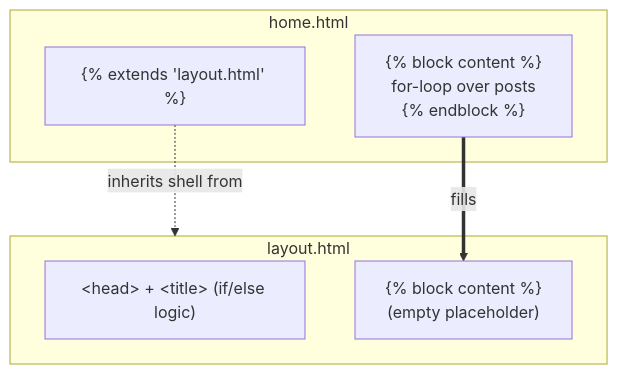
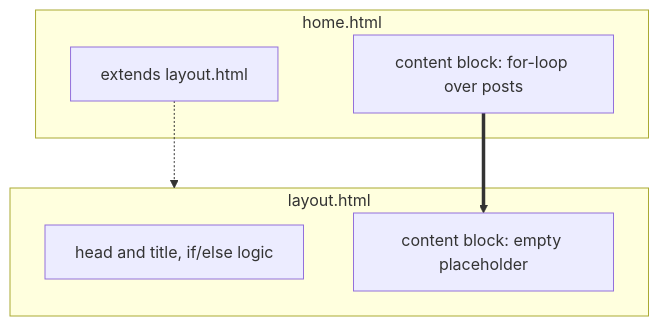
One commit to Pratik23G/fast-api-learn changed the diagram in docs/05-template-inheritance.md. Above: the diagram before and after it, drawn with Mermaid. The commit also changed 3 other files, not shown here.

````diff
--- a/docs/05-template-inheritance.md
+++ b/docs/05-template-inheritance.md
@@ -42,15 +42,15 @@
 ```mermaid
 flowchart TB
-    subgraph layout.html
-        Head["&lt;head&gt; + &lt;title&gt; (if/else logic)"]
-        Slot["{% block content %}\n(empty placeholder)"]
+    subgraph LayoutFile [layout.html]
+        Head[head and title, if/else logic]
+        Slot[content block: empty placeholder]
     end
 
-    subgraph home.html
-        Extends["{% extends 'layout.html' %}"]
-        Fill["{% block content %}\nfor-loop over posts\n{% endblock %}"]
+    subgraph HomeFile [home.html]
+        Extends[extends layout.html]
+        Fill[content block: for-loop over posts]
     end
 
-    Extends -.->|"inherits shell from"| layout.html
-    Fill ==>|"fills"| Slot
+    Extends -.-> LayoutFile
+    Fill ==> Slot
 ```
````
